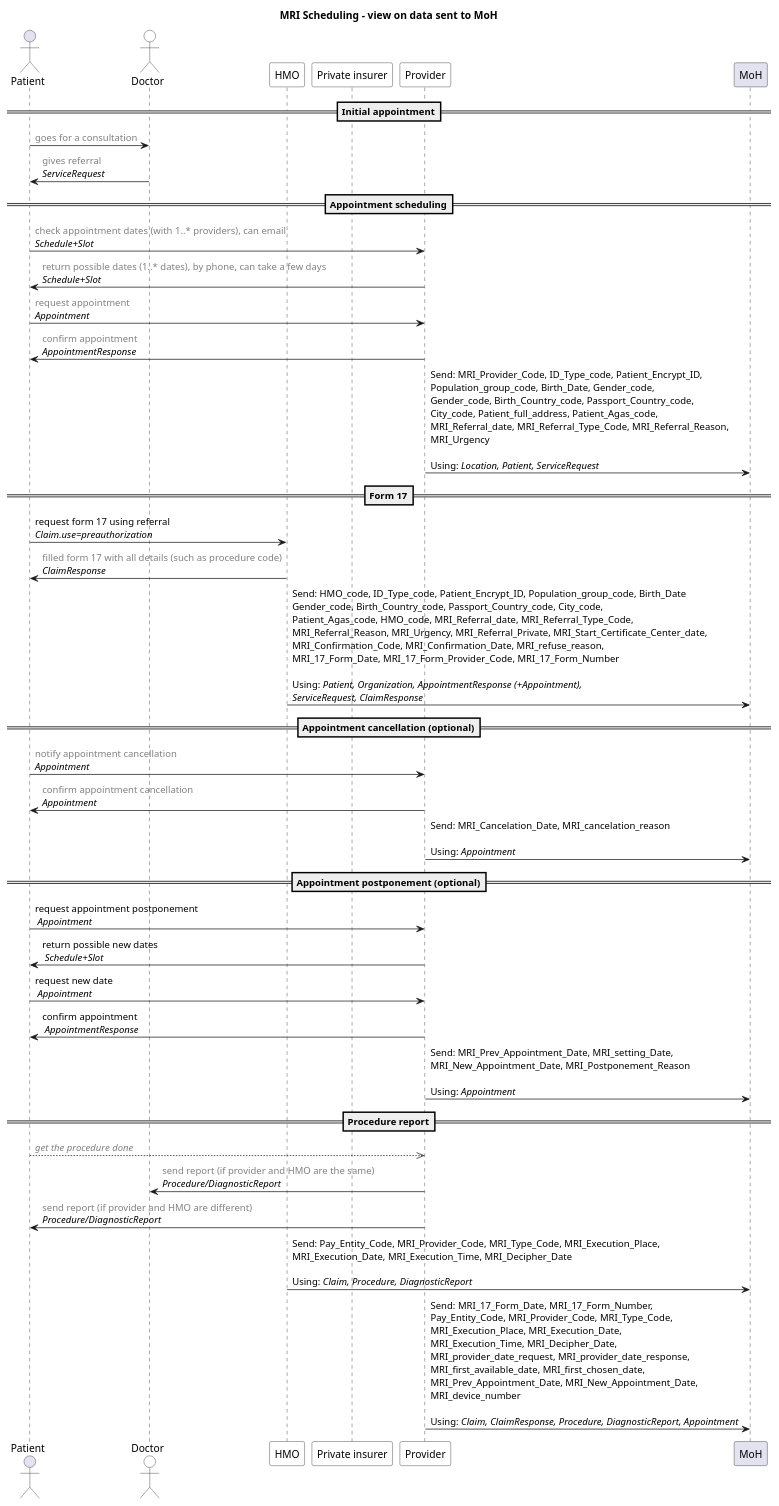
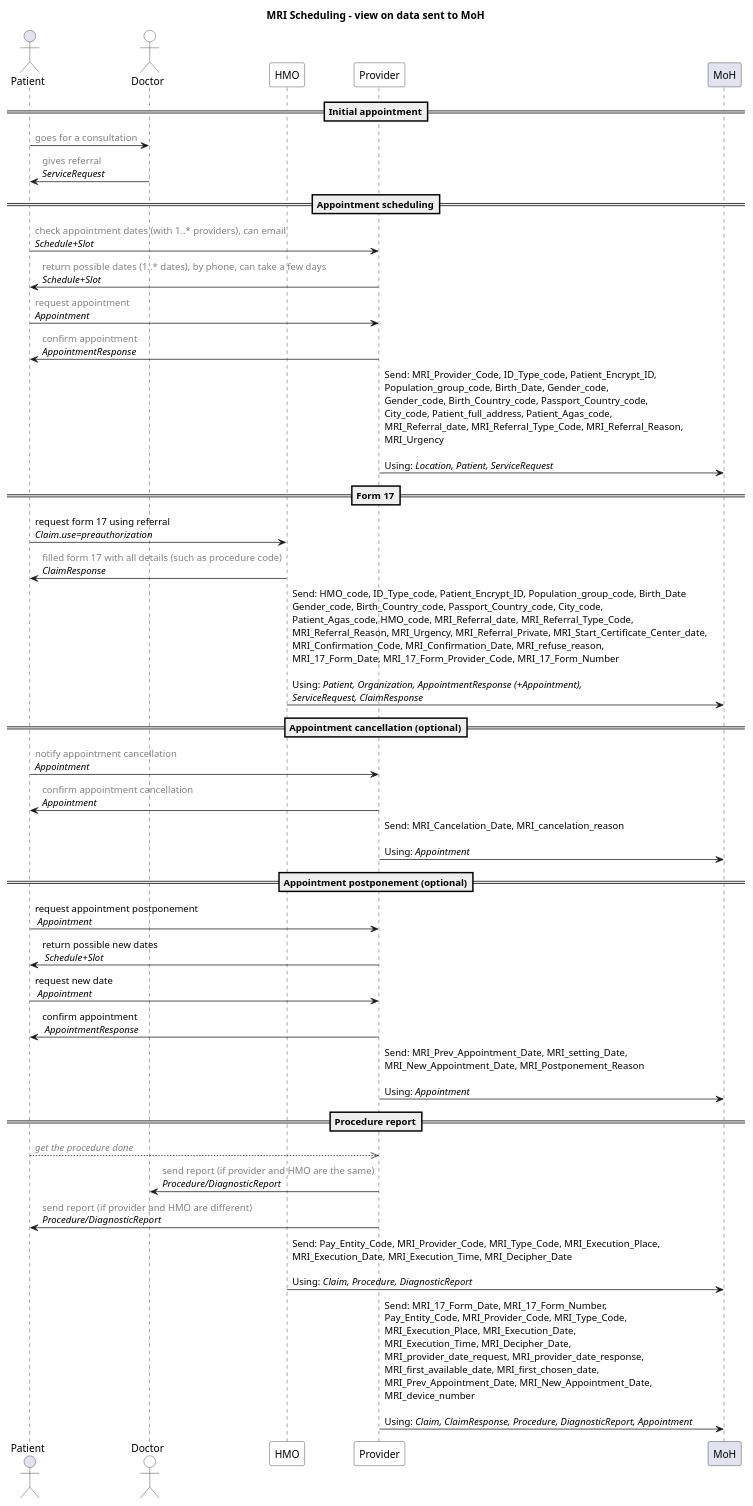
One commit to vadi2/MRI-Scheduling changed the diagram in input/images-source/workflow-with-moh.plantuml. Above: the diagram before and after it, drawn with PlantUML. The commit also changed 3 other files, not shown here.

Commit message:
Remove private insurer from diagrams

```diff
--- a/input/images-source/workflow-with-moh.plantuml
+++ b/input/images-source/workflow-with-moh.plantuml
@@ -1,55 +1,54 @@
 @startuml
 'editable with https://planttext.com
 'see documentation at https://plantuml.com/sequence-diagram
 
 title "MRI Scheduling - view on data sent to MoH"
 
 actor Patient
 actor Doctor #white
 participant HMO #white 
-participant "Private insurer" #white
 participant Provider #white
 participant MoH
 
 == Initial appointment==
 Patient -> Doctor: <color #grey>goes for a consultation
 Doctor -> Patient: <color #grey>gives referral\n//ServiceRequest//
 
 == Appointment scheduling==
 Patient -> Provider: <color #grey>check appointment dates (with 1..* providers), can email\n//Schedule+Slot//
 Provider -> Patient: <color #grey>return possible dates (1..* dates), by phone, can take a few days\n//Schedule+Slot//
 Patient -> Provider: <color #grey>request appointment\n//Appointment//
 Provider -> Patient: <color #grey>confirm appointment\n//AppointmentResponse//
 
 Provider -> MoH: Send: MRI_Provider_Code, ID_Type_code, Patient_Encrypt_ID, \nPopulation_group_code, Birth_Date, Gender_code, \nGender_code, Birth_Country_code, Passport_Country_code, \nCity_code, Patient_full_address, Patient_Agas_code, \nMRI_Referral_date, MRI_Referral_Type_Code, MRI_Referral_Reason, \nMRI_Urgency\n\nUsing: //Location, Patient, ServiceRequest//
 
 == Form 17==
 Patient -> HMO: request form 17 using referral\n//Claim.use=preauthorization//
 HMO -> Patient: <color #grey>filled form 17 with all details (such as procedure code)\n//ClaimResponse//
 
 HMO -> MoH: Send: HMO_code, ID_Type_code, Patient_Encrypt_ID, Population_group_code, Birth_Date \nGender_code, Birth_Country_code, Passport_Country_code, City_code, \nPatient_Agas_code, HMO_code, MRI_Referral_date, MRI_Referral_Type_Code, \nMRI_Referral_Reason, MRI_Urgency, MRI_Referral_Private, MRI_Start_Certificate_Center_date,  \nMRI_Confirmation_Code, MRI_Confirmation_Date, MRI_refuse_reason, \nMRI_17_Form_Date, MRI_17_Form_Provider_Code, MRI_17_Form_Number \n\nUsing: //Patient, Organization, AppointmentResponse (+Appointment), //\n//ServiceRequest, ClaimResponse//
 
 == Appointment cancellation (optional)==
 Patient -> Provider: <color #grey>notify appointment cancellation\n//Appointment//
 Provider -> Patient: <color #grey>confirm appointment cancellation\n//Appointment//
 
 Provider -> MoH: Send: MRI_Cancelation_Date, MRI_cancelation_reason \n\nUsing: //Appointment//
 
 == Appointment postponement (optional)==
 Patient -> Provider: request appointment postponement\n //Appointment//
 Provider -> Patient: return possible new dates\n //Schedule+Slot//
 Patient -> Provider: request new date\n //Appointment//
 Provider -> Patient: confirm appointment\n //AppointmentResponse//
 
 Provider -> MoH: Send: MRI_Prev_Appointment_Date, MRI_setting_Date, \nMRI_New_Appointment_Date, MRI_Postponement_Reason \n\nUsing: //Appointment//
 
 == Procedure report==
 Patient -->> Provider: <color #grey>//get the procedure done//
 Provider -> Doctor: <color #grey>send report (if provider and HMO are the same)\n//Procedure/DiagnosticReport//
 Provider -> Patient: <color #grey>send report (if provider and HMO are different)\n//Procedure/DiagnosticReport//
 
 HMO -> MoH: Send: Pay_Entity_Code, MRI_Provider_Code, MRI_Type_Code, MRI_Execution_Place, \nMRI_Execution_Date, MRI_Execution_Time, MRI_Decipher_Date \n\nUsing: //Claim, Procedure, DiagnosticReport//
 
 Provider -> MoH: Send: MRI_17_Form_Date, MRI_17_Form_Number, \nPay_Entity_Code, MRI_Provider_Code, MRI_Type_Code, \nMRI_Execution_Place, MRI_Execution_Date, \nMRI_Execution_Time, MRI_Decipher_Date, \nMRI_provider_date_request, MRI_provider_date_response, \nMRI_first_available_date, MRI_first_chosen_date, \nMRI_Prev_Appointment_Date, MRI_New_Appointment_Date, \nMRI_device_number  \n\nUsing: //Claim, ClaimResponse, Procedure, DiagnosticReport, Appointment//
 
 @enduml
```
